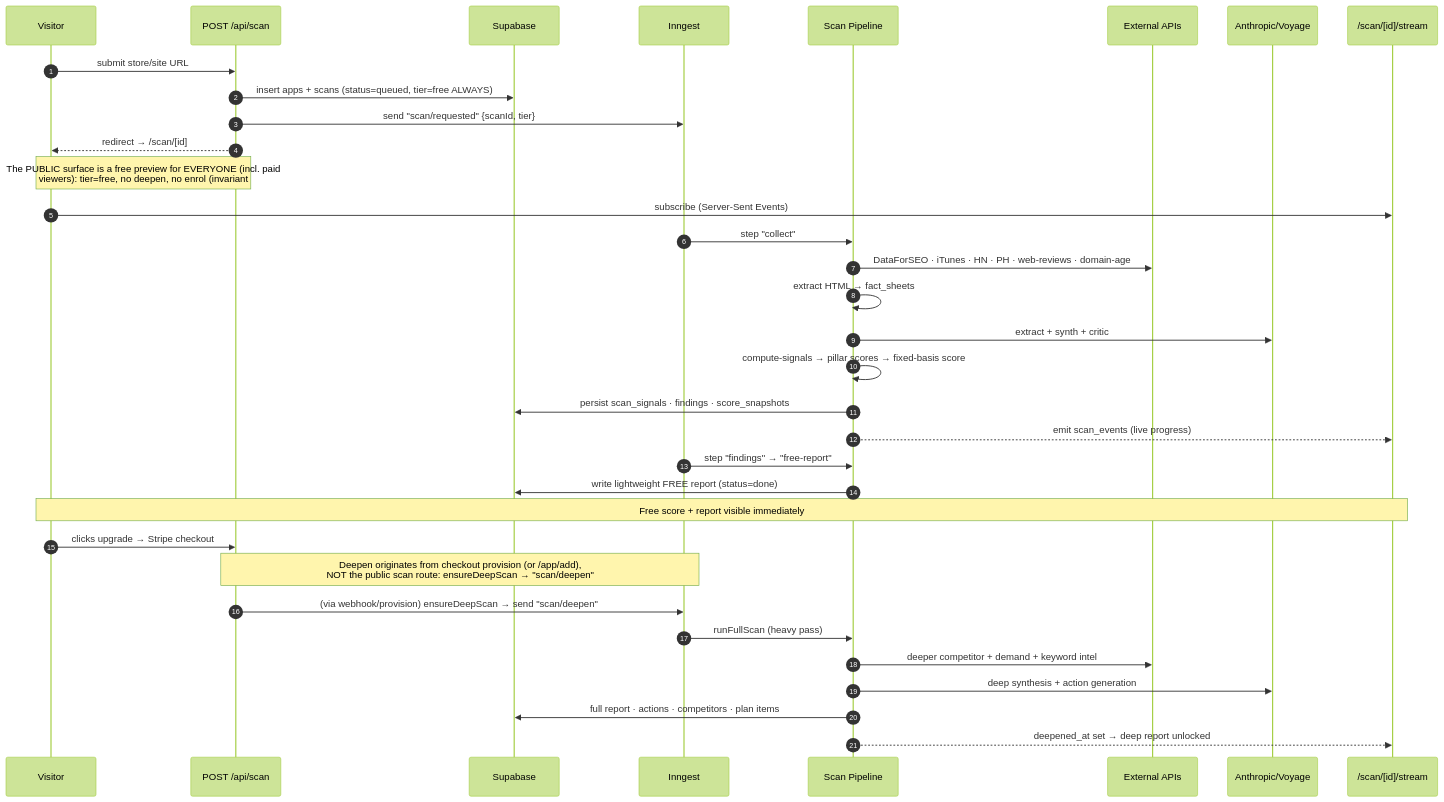
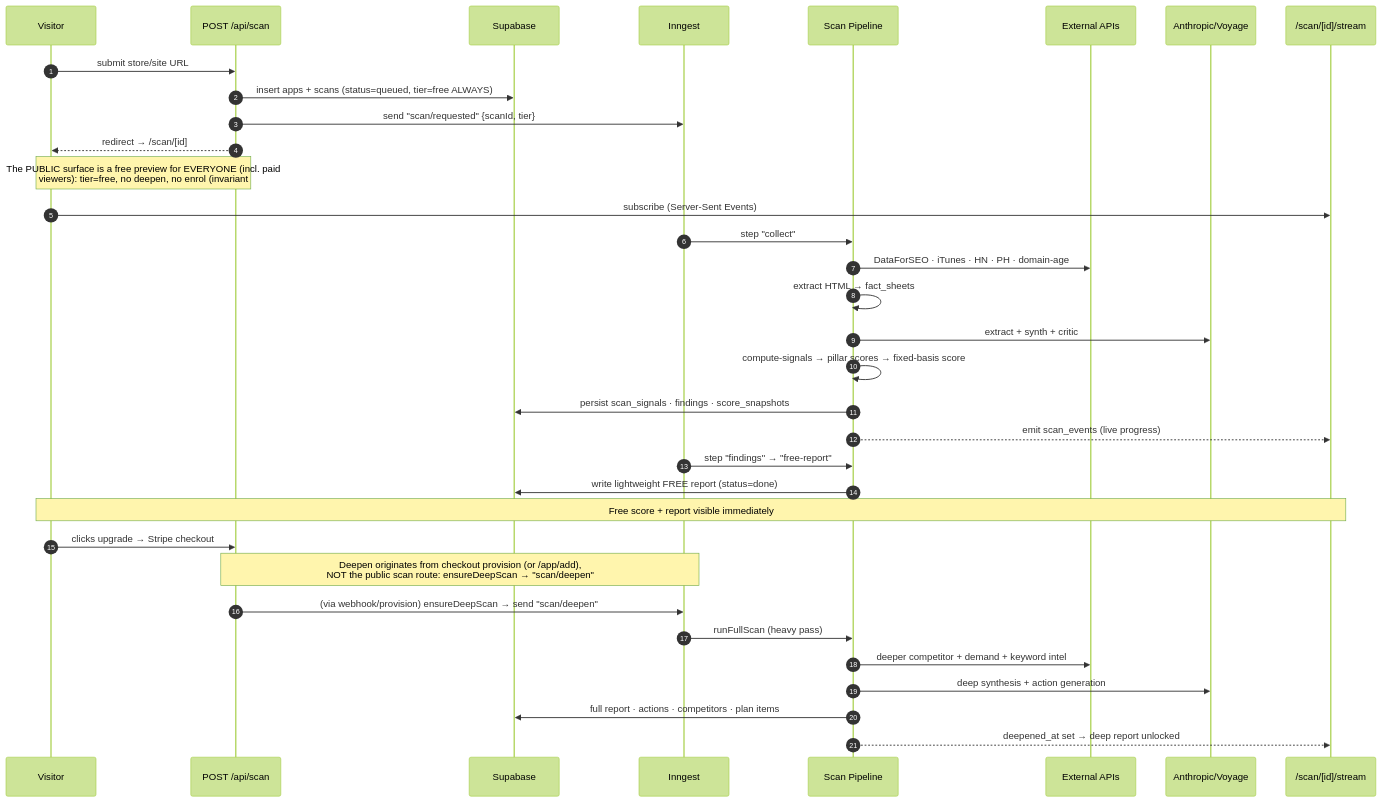
Before and after one commit to tim-clifford6991/reachkit: the second of 3 diagrams in docs/architecture.md, drawn with Mermaid (forest theme). The commit also changed other lines of this file and 47 other files, not shown here.

````diff
--- a/docs/architecture.md
+++ b/docs/architecture.md
@@ -118,41 +118,41 @@
 ```mermaid
 sequenceDiagram
     autonumber
     participant U as Visitor
     participant API as POST /api/scan
     participant DB as Supabase
     participant ING as Inngest
     participant P as Scan Pipeline
     participant EXT as External APIs
     participant LLM as Anthropic/Voyage
     participant SSE as /scan/[id]/stream
 
     U->>API: submit store/site URL
     API->>DB: insert apps + scans (status=queued, tier=free ALWAYS)
     API->>ING: send "scan/requested" {scanId, tier}
     API-->>U: redirect → /scan/[id]
     Note over U,API: The PUBLIC surface is a free preview for EVERYONE (incl. paid<br/>viewers): tier=free, no deepen, no enrol (invariant #12). Deep<br/>scans + tracking are /app/add + checkout provision only.
 
     U->>SSE: subscribe (Server-Sent Events)
 
     ING->>P: step "collect"
-    P->>EXT: DataForSEO · iTunes · HN · PH · web-reviews · domain-age
+    P->>EXT: DataForSEO · iTunes · HN · PH · domain-age
     P->>P: extract HTML → fact_sheets
     P->>LLM: extract + synth + critic
     P->>P: compute-signals → pillar scores → fixed-basis score
     P->>DB: persist scan_signals · findings · score_snapshots
     P-->>SSE: emit scan_events (live progress)
 
     ING->>P: step "findings" → "free-report"
     P->>DB: write lightweight FREE report (status=done)
     Note over U,SSE: Free score + report visible immediately
 
     U->>API: clicks upgrade → Stripe checkout
     Note over API,ING: Deepen originates from checkout provision (or /app/add),<br/>NOT the public scan route: ensureDeepScan → "scan/deepen"
     API->>ING: (via webhook/provision) ensureDeepScan → send "scan/deepen"
     ING->>P: runFullScan (heavy pass)
     P->>EXT: deeper competitor + demand + keyword intel
     P->>LLM: deep synthesis + action generation
     P->>DB: full report · actions · competitors · plan items
     P-->>SSE: deepened_at set → deep report unlocked
 ```
````
